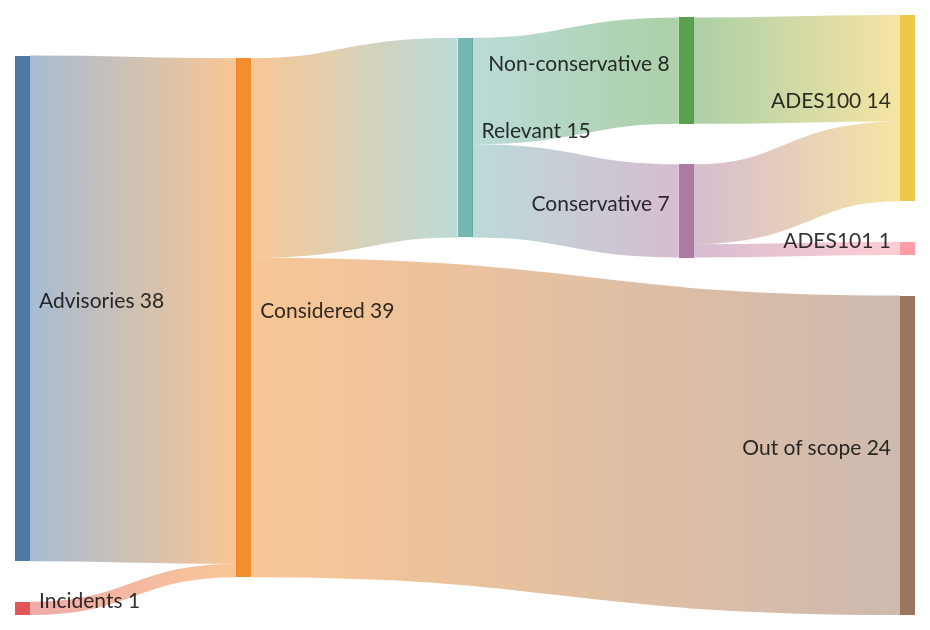
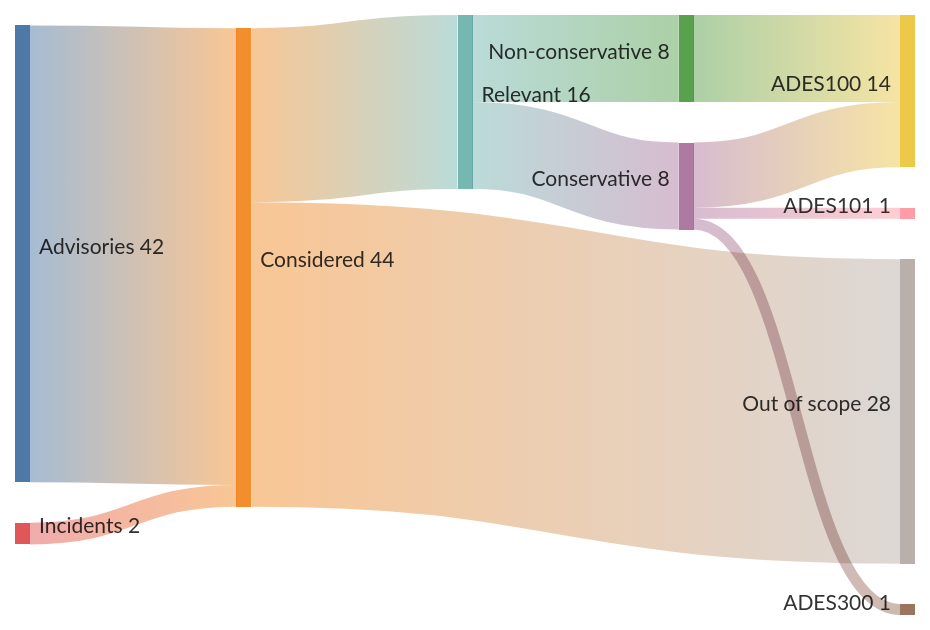
Before and after one commit to ericcornelissen/ades: the diagram in docs/EVALUATION.md, drawn with Mermaid. The commit also changed other lines of this file and 1 other file, not shown here.

````diff
--- a/docs/EVALUATION.md
+++ b/docs/EVALUATION.md
@@ -122,17 +132,18 @@
 ```mermaid
 sankey-beta
 
-Advisories,Considered,     38
-Incidents,Considered,      1
+Advisories,Considered,     42
+Incidents,Considered,      2
 
-Considered,Relevant,       15
+Considered,Relevant,       16
 
 Relevant,Non-conservative, 8
 Non-conservative,ADES100,  8
 
-Relevant,Conservative,     7
+Relevant,Conservative,     8
 Conservative,ADES100,      6
 Conservative,ADES101,      1
+Conservative,ADES300,      1
 
-Considered,Out of scope,   24
+Considered,Out of scope,   28
 ```
````
